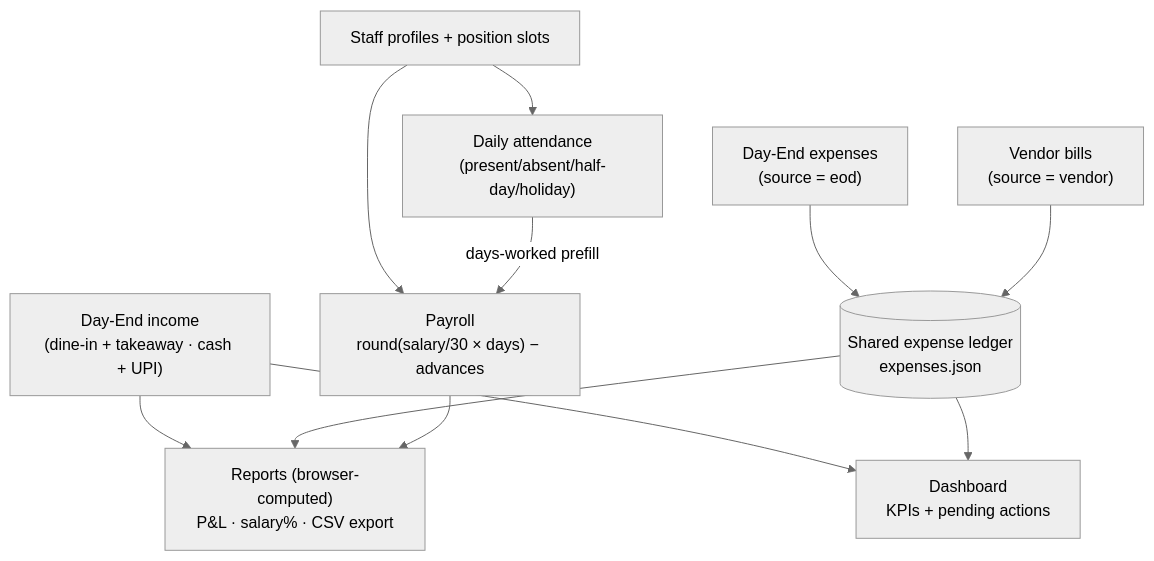
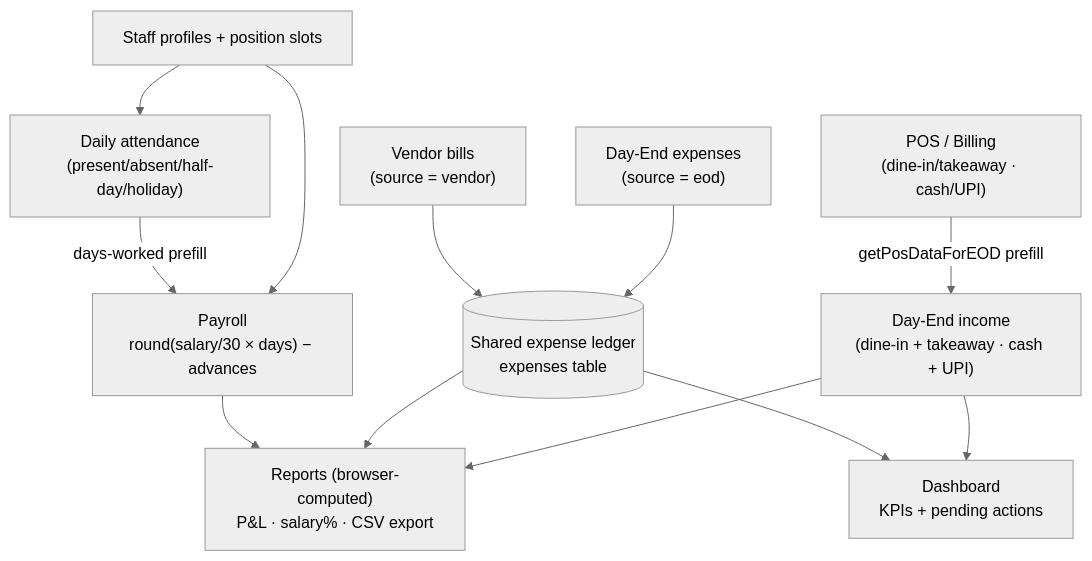
One commit to AbhishekS-381/Sree-Vaishnaves-Management changed the second of 15 diagrams in Documentations/MODULE-MAPS.md. Above: the diagram before and after it, drawn with Mermaid (neutral theme). The commit also changed other lines of this file and 159 other files, not shown here.

````diff
--- a/Documentations/MODULE-MAPS.md
+++ b/Documentations/MODULE-MAPS.md
@@ -67,23 +67,25 @@
 ```mermaid
 flowchart TD
   STAFF["Staff profiles + position slots"]
   ATT["Daily attendance\n(present/absent/half-day/holiday)"]
+  POS["POS / Billing\n(dine-in/takeaway · cash/UPI)"]
   EOD_INC["Day-End income\n(dine-in + takeaway · cash + UPI)"]
   EOD_EXP["Day-End expenses\n(source = eod)"]
   VEN_EXP["Vendor bills\n(source = vendor)"]
-  LEDGER[("Shared expense ledger\nexpenses.json")]
+  LEDGER[("Shared expense ledger\nexpenses table")]
   PAYROLL["Payroll\nround(salary/30 × days) − advances"]
   REPORTS["Reports (browser-computed)\nP&L · salary% · CSV export"]
   DASH["Dashboard\nKPIs + pending actions"]
 
   STAFF --> ATT
   STAFF --> PAYROLL
   ATT -->|days-worked prefill| PAYROLL
+  POS -->|getPosDataForEOD prefill| EOD_INC
   EOD_INC --> DASH
   EOD_INC --> REPORTS
   EOD_EXP --> LEDGER
   VEN_EXP --> LEDGER
   LEDGER --> REPORTS
   LEDGER --> DASH
   PAYROLL --> REPORTS
 ```
````
